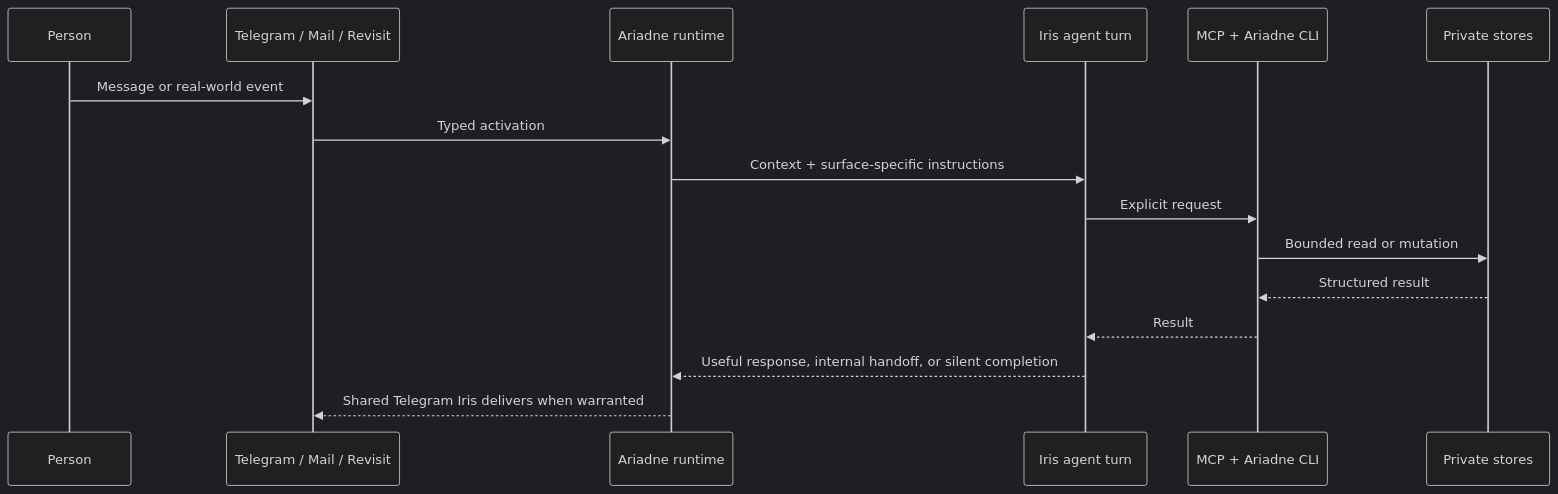
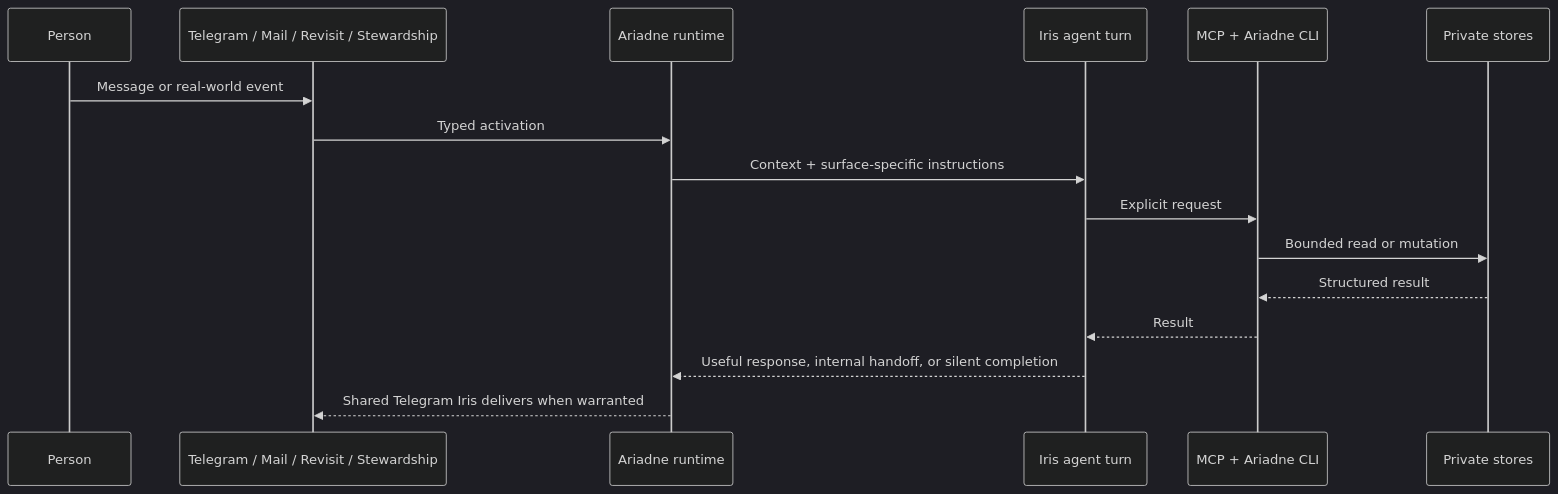
One commit to TGDivy/ariadne changed the diagram in docs/architecture.md. Above: the diagram before and after it, drawn with Mermaid (dark theme). The commit also changed other lines of this file and 34 other files, not shown here.

````diff
--- a/docs/architecture.md
+++ b/docs/architecture.md
@@ -7,19 +7,19 @@
 ```mermaid
 sequenceDiagram
     participant Person
-    participant Surface as Telegram / Mail / Revisit
+    participant Surface as Telegram / Mail / Revisit / Stewardship
     participant Runtime as Ariadne runtime
     participant Agent as Iris agent turn
     participant Capabilities as MCP + Ariadne CLI
     participant PrivateData as Private stores
 
     Person->>Surface: Message or real-world event
     Surface->>Runtime: Typed activation
     Runtime->>Agent: Context + surface-specific instructions
     Agent->>Capabilities: Explicit request
     Capabilities->>PrivateData: Bounded read or mutation
     PrivateData-->>Capabilities: Structured result
     Capabilities-->>Agent: Result
     Agent-->>Runtime: Useful response, internal handoff, or silent completion
     Runtime-->>Surface: Shared Telegram Iris delivers when warranted
 ```
````
